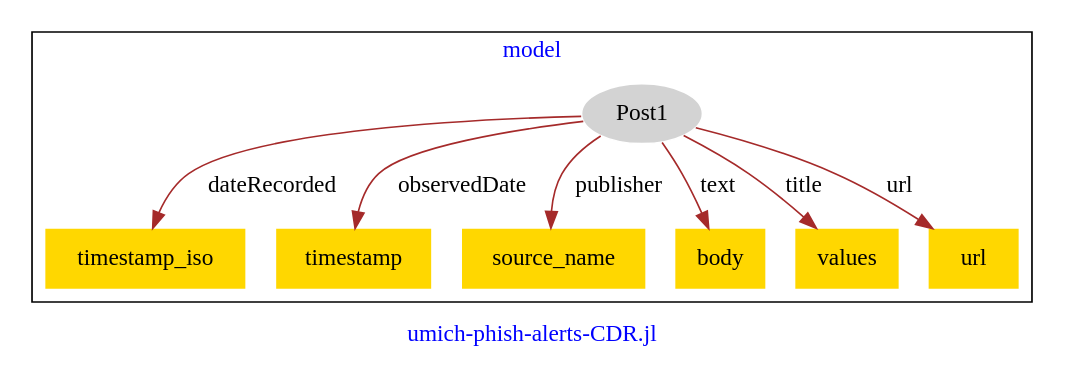
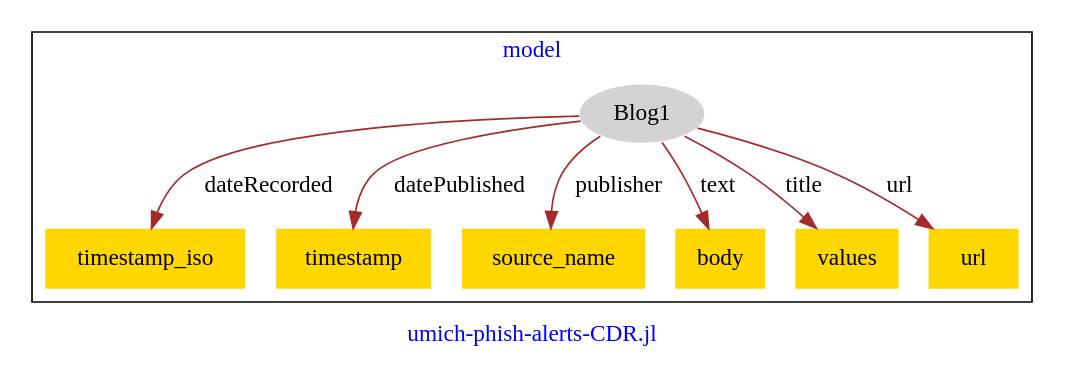
The diagram in models/hg-umich-phish-alerts/umich-phish-alerts-model.dot (usc-isi-i2/effect-alignment), drawn with Graphviz before and after one commit.

Commit message:
Update file umich-phish-alerts-model.dot

```diff
--- a/models/hg-umich-phish-alerts/umich-phish-alerts-model.dot
+++ b/models/hg-umich-phish-alerts/umich-phish-alerts-model.dot
@@ -1,21 +1,21 @@
 digraph n0 {
 fontcolor="blue"
 remincross="true"
 label="umich-phish-alerts-CDR.jl"
 subgraph cluster {
 label="model"
-n2[style="filled",color="white",fillcolor="lightgray",label="Post1"];
+n2[style="filled",color="white",fillcolor="lightgray",label="Blog1"];
 n3[shape="plaintext",style="filled",fillcolor="gold",label="timestamp_iso"];
 n4[shape="plaintext",style="filled",fillcolor="gold",label="timestamp"];
 n5[shape="plaintext",style="filled",fillcolor="gold",label="source_name"];
 n6[shape="plaintext",style="filled",fillcolor="gold",label="body"];
 n7[shape="plaintext",style="filled",fillcolor="gold",label="values"];
 n8[shape="plaintext",style="filled",fillcolor="gold",label="url"];
 }
 n2 -> n3[color="brown",fontcolor="black",label="dateRecorded"]
-n2 -> n4[color="brown",fontcolor="black",label="observedDate"]
+n2 -> n4[color="brown",fontcolor="black",label="datePublished"]
 n2 -> n5[color="brown",fontcolor="black",label="publisher"]
 n2 -> n6[color="brown",fontcolor="black",label="text"]
 n2 -> n7[color="brown",fontcolor="black",label="title"]
 n2 -> n8[color="brown",fontcolor="black",label="url"]
 }
```
